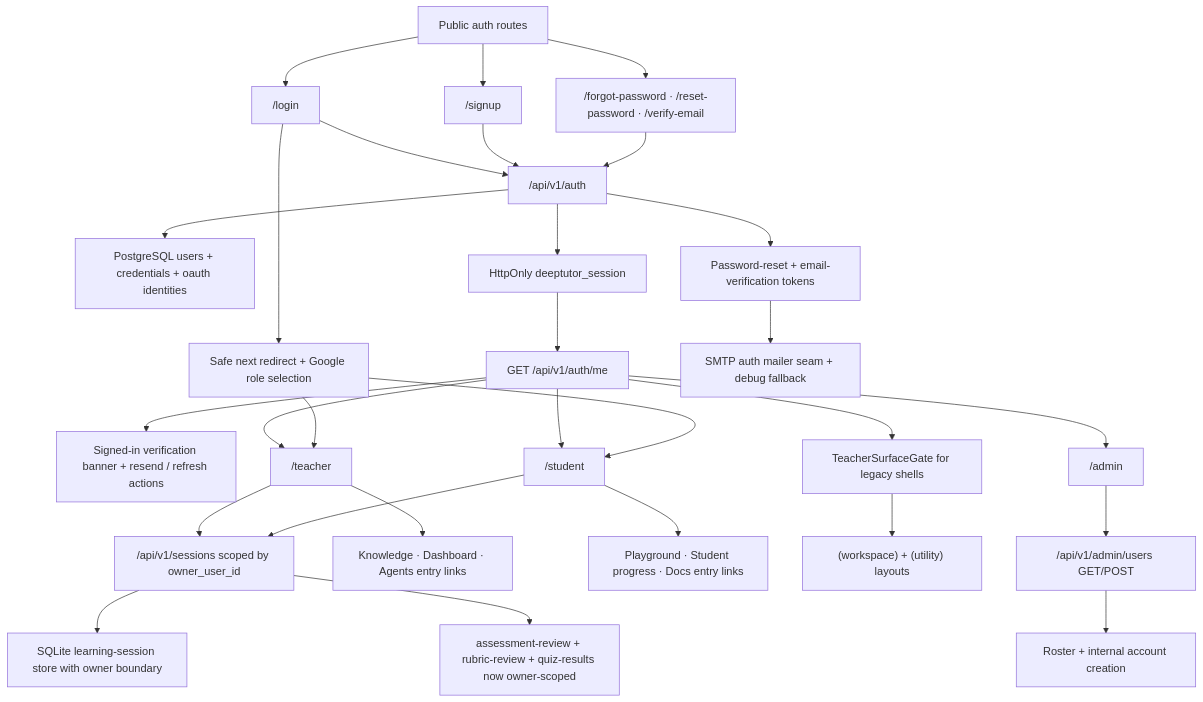
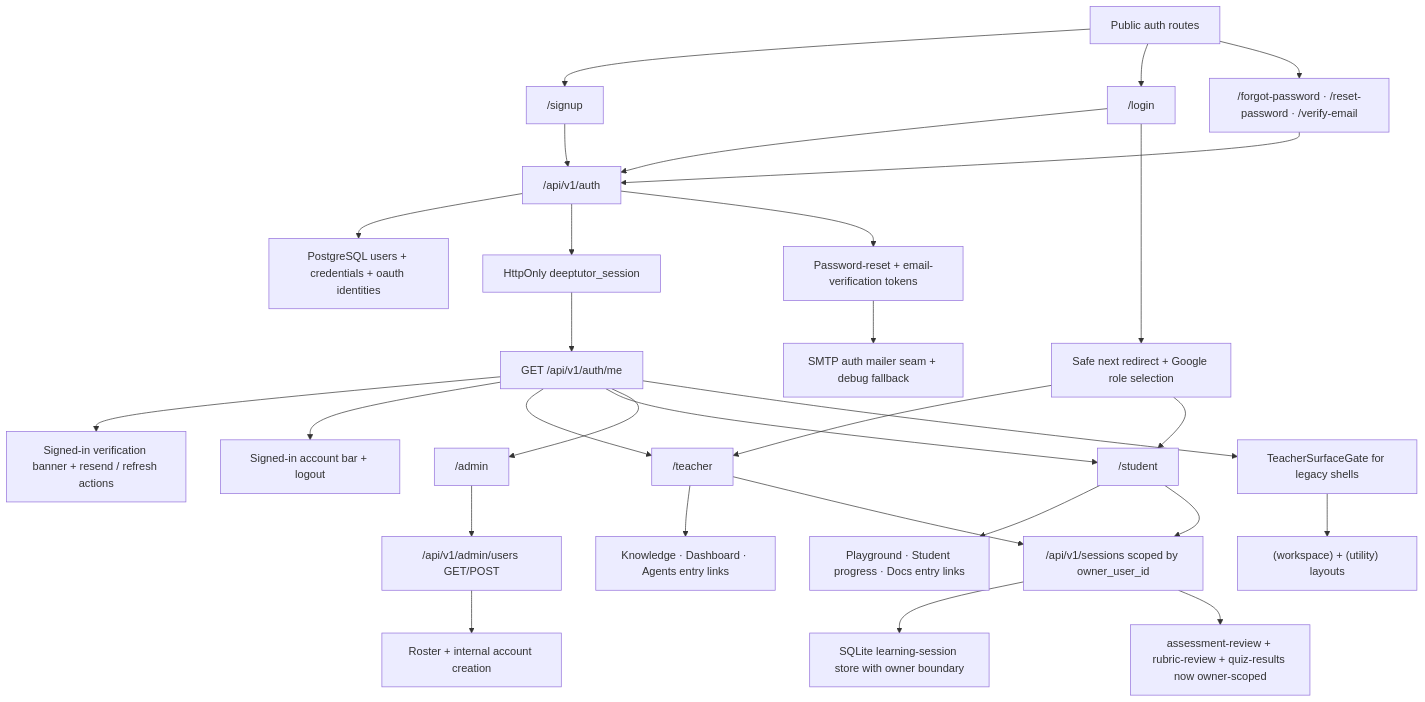
One commit to Creative-Science-Contest-2026/Multiagent-learning-platform changed the diagram in docs/superpowers/pr-notes/2026-05-02-auth-multi-user-foundation.md. Above: the diagram before and after it, drawn with Mermaid. The commit also changed other lines of this file and 11 other files, not shown here.

Commit message:
feat(auth): add signed-in account surfaces [AUTH-MULTI-USER]

````diff
--- a/docs/superpowers/pr-notes/2026-05-02-auth-multi-user-foundation.md
+++ b/docs/superpowers/pr-notes/2026-05-02-auth-multi-user-foundation.md
@@ -20,31 +21,32 @@
 ```mermaid
 flowchart TD
   Public["Public auth routes"] --> Signup["/signup"]
   Public --> Login["/login"]
   Public --> Recovery["/forgot-password · /reset-password · /verify-email"]
   Login --> AuthAPI["/api/v1/auth"]
   Signup --> AuthAPI
   Recovery --> AuthAPI
   Login --> NextRedirect["Safe next redirect + Google role selection"]
   Me --> VerificationBanner["Signed-in verification banner + resend / refresh actions"]
+  Me --> AccountBar["Signed-in account bar + logout"]
   AuthAPI --> Users["PostgreSQL users + credentials + oauth identities"]
   AuthAPI --> Sessions["HttpOnly deeptutor_session"]
   AuthAPI --> OneTimeTokens["Password-reset + email-verification tokens"]
   OneTimeTokens --> AuthMailer["SMTP auth mailer seam + debug fallback"]
   AdminShell --> AdminUsersAPI["/api/v1/admin/users GET/POST"]
   AdminUsersAPI --> AdminPanel["Roster + internal account creation"]
   Sessions --> Me["GET /api/v1/auth/me"]
   Me --> TeacherShell["/teacher"]
   Me --> StudentShell["/student"]
   Me --> AdminShell["/admin"]
   NextRedirect --> TeacherShell
   NextRedirect --> StudentShell
   TeacherShell --> TeacherHub["Knowledge · Dashboard · Agents entry links"]
   StudentShell --> StudentHub["Playground · Student progress · Docs entry links"]
   Me --> TeacherGate["TeacherSurfaceGate for legacy shells"]
   TeacherGate --> LegacyShells["(workspace) + (utility) layouts"]
   TeacherShell --> OwnedSessionAPI["/api/v1/sessions scoped by owner_user_id"]
   StudentShell --> OwnedSessionAPI
   OwnedSessionAPI --> SQLiteStore["SQLite learning-session store with owner boundary"]
   OwnedSessionAPI --> ReviewFlows["assessment-review + rubric-review + quiz-results now owner-scoped"]
 ```
````
